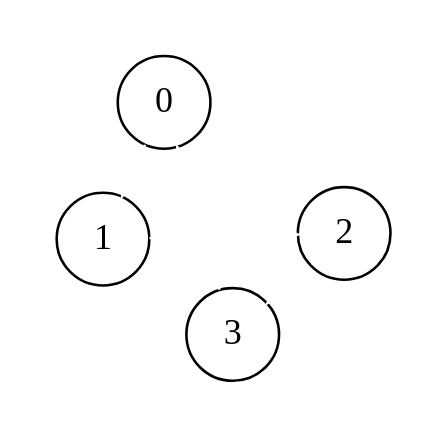
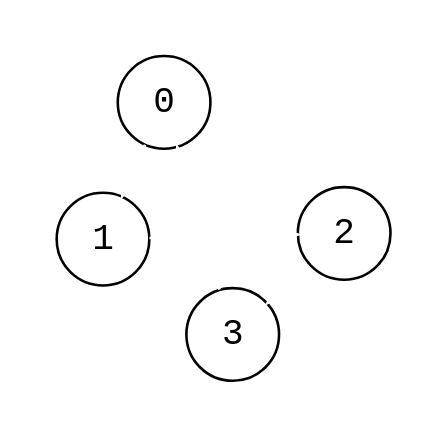
Before and after one commit to bsdrks/graaf-images: the diagram in src/empty_4.dot, drawn with Graphviz. The commit also changed 26 other files, not shown here.

```diff
--- a/src/empty_4.dot
+++ b/src/empty_4.dot
@@ -1,15 +1,15 @@
 digraph {
-    node [shape=circle, fontname="Operator Mono"];
+    node [shape=circle, fontname="monospace"];
     edge [arrowsize=0.5];
     layout=neato;
     pad=0.2;
     fontsize=12;
-    fontname="Operator Mono";
+    fontname="monospace";
 
     1 [label="1"];
     2 [label="2"];
     3 [label="3"];
     0 [label="0"];
 
     0 -> 1 -> 2 -> 3 -> 0 [color="white"];
 }
```
